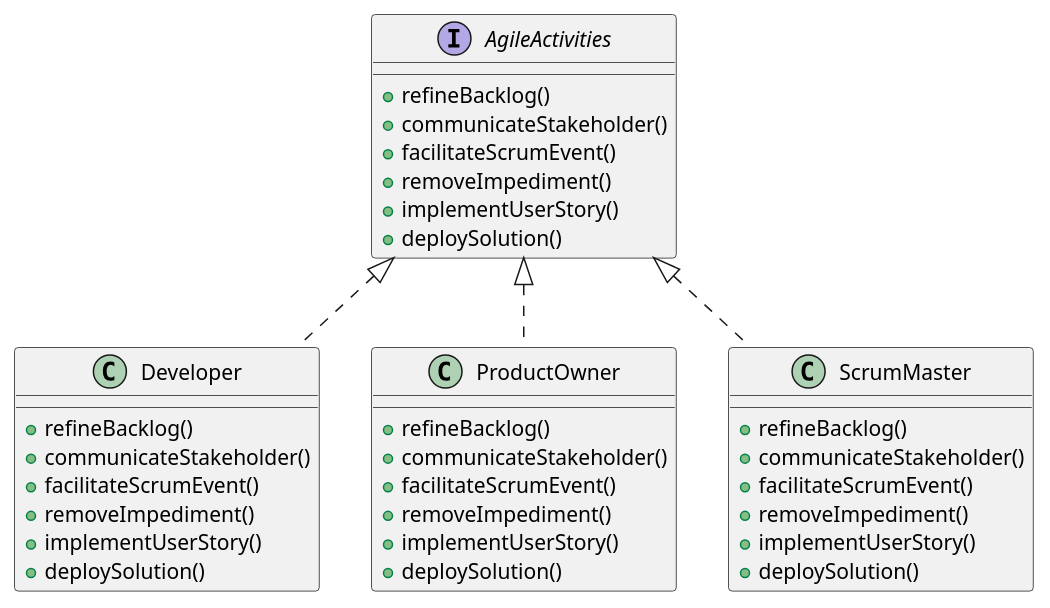
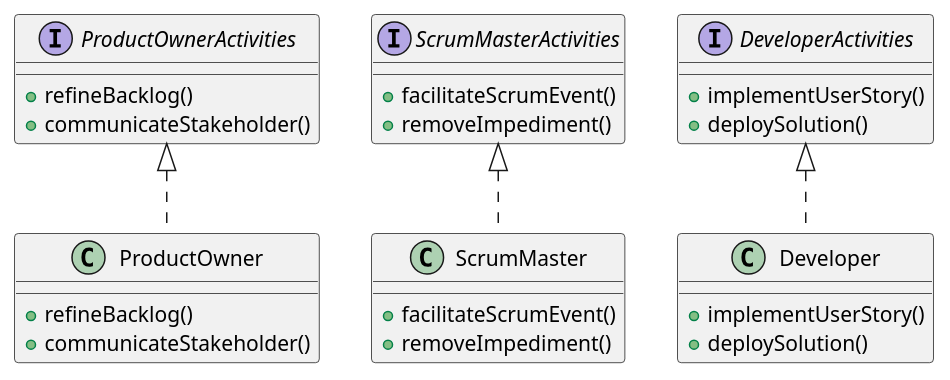
One commit to etlapa/design-principles changed the diagram in src/main/java/mx/edev/design_principles/interface_segregation/case2/solution/diagram.puml. Above: the diagram before and after it, drawn with PlantUML. The commit also changed 24 other files, not shown here.

```diff
--- a/src/main/java/mx/edev/design_principles/interface_segregation/case2/solution/diagram.puml
+++ b/src/main/java/mx/edev/design_principles/interface_segregation/case2/solution/diagram.puml
@@ -1,39 +1,33 @@
 @startuml
 
-interface AgileActivities {
+interface ProductOwnerActivities {
   +refineBacklog()
   +communicateStakeholder()
+}
+
+interface ScrumMasterActivities {
   +facilitateScrumEvent()
   +removeImpediment()
+}
+
+interface DeveloperActivities {
   +implementUserStory()
   +deploySolution()
 }
 
-class Developer implements AgileActivities{
+class ProductOwner implements ProductOwnerActivities{
   +refineBacklog()
   +communicateStakeholder()
+}
+
+class ScrumMaster implements ScrumMasterActivities{
   +facilitateScrumEvent()
   +removeImpediment()
-  +implementUserStory()
-  +deploySolution()
 }
 
-class ProductOwner implements AgileActivities{
-  +refineBacklog()
-  +communicateStakeholder()
-  +facilitateScrumEvent()
-  +removeImpediment()
-  +implementUserStory()
-  +deploySolution()
-}
-
-class ScrumMaster implements AgileActivities{
-  +refineBacklog()
-  +communicateStakeholder()
-  +facilitateScrumEvent()
-  +removeImpediment()
+class Developer implements DeveloperActivities{
   +implementUserStory()
   +deploySolution()
 }
 
 @enduml
```
